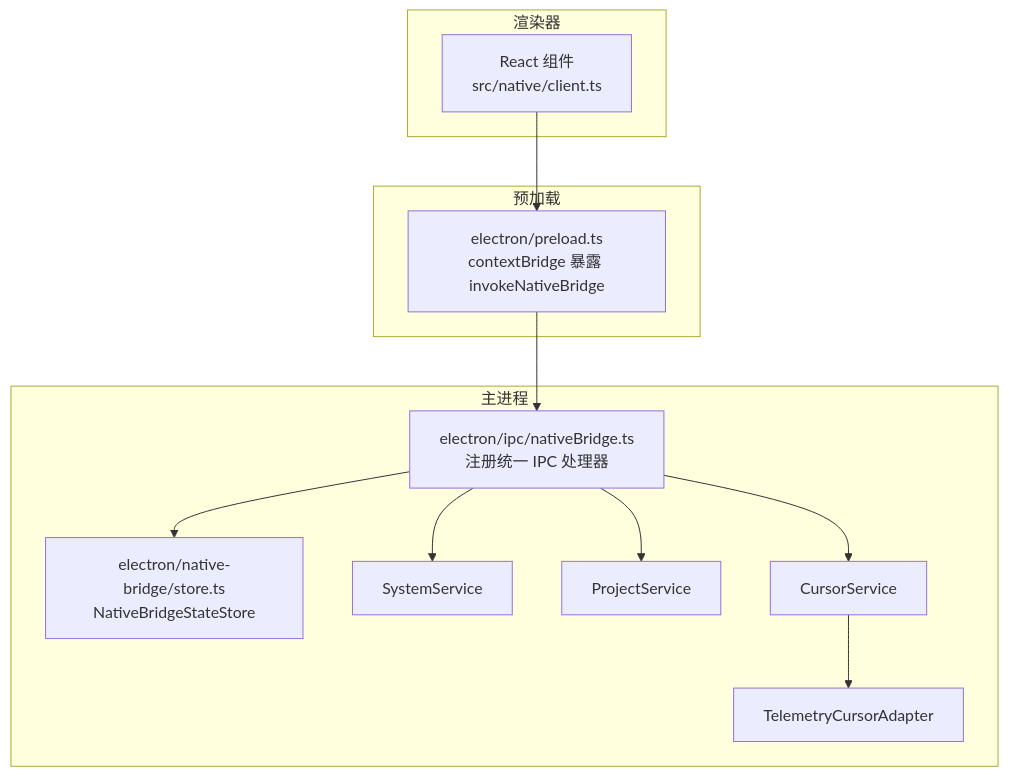
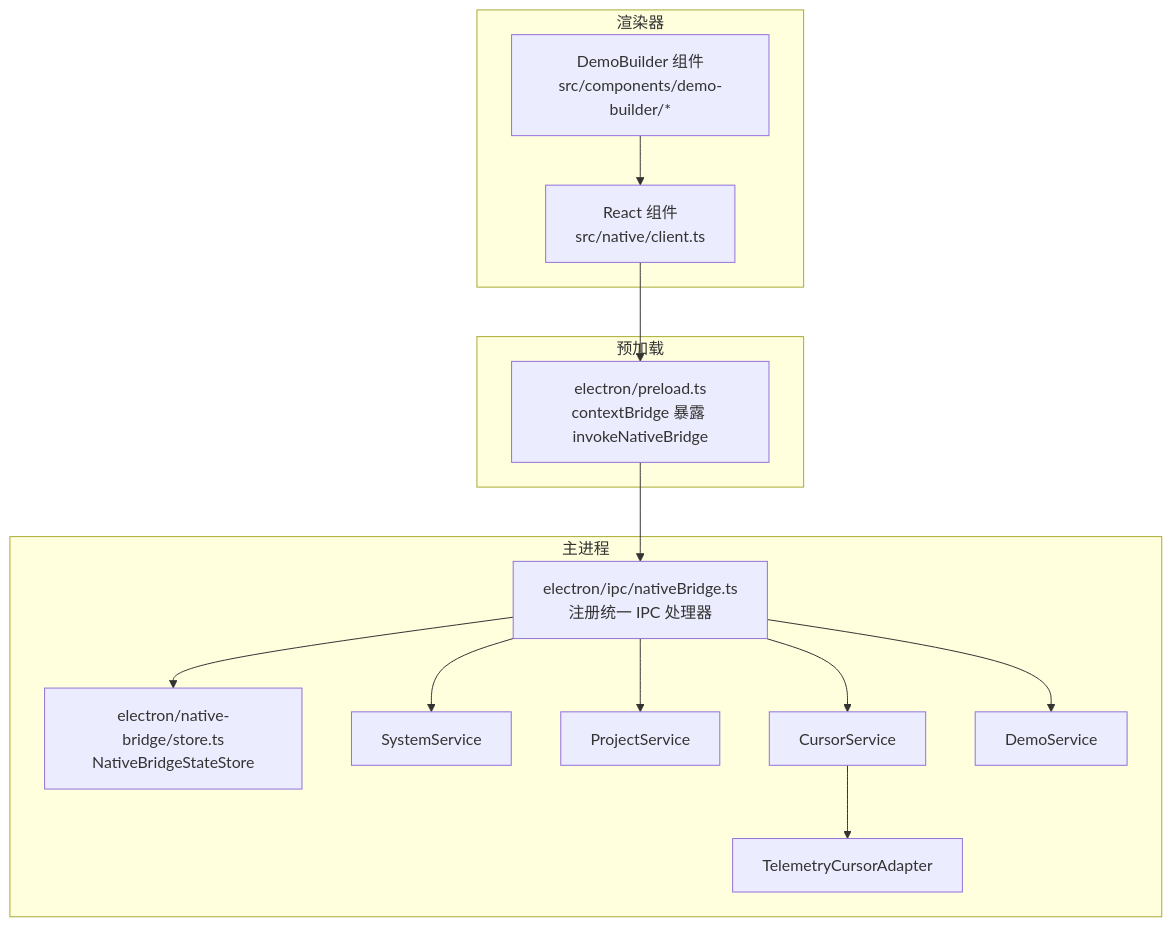
The first of 9 diagrams in .qoder/repowiki/zh/content/原生桥接系统/原生桥接系统.md (zhanggmin/openscreen), drawn with Mermaid before and after one commit. The commit also changed other lines of this file and 87 other files, not shown here.

````diff
--- a/.qoder/repowiki/zh/content/原生桥接系统/原生桥接系统.md
+++ b/.qoder/repowiki/zh/content/原生桥接系统/原生桥接系统.md
@@ -45,24 +58,28 @@
 ```mermaid
 graph TB
 subgraph "渲染器"
 RC["React 组件<br/>src/native/client.ts"]
+DB["DemoBuilder 组件<br/>src/components/demo-builder/*"]
 end
 subgraph "预加载"
 PL["electron/preload.ts<br/>contextBridge 暴露 invokeNativeBridge"]
 end
 subgraph "主进程"
 IPC["electron/ipc/nativeBridge.ts<br/>注册统一 IPC 处理器"]
 STORE["electron/native-bridge/store.ts<br/>NativeBridgeStateStore"]
 SVC_SYS["SystemService"]
 SVC_PROJ["ProjectService"]
 SVC_CUR["CursorService"]
+SVC_DEMO["DemoService"]
 ADAPTER["TelemetryCursorAdapter"]
 end
 RC --> PL
 PL --> IPC
 IPC --> STORE
 IPC --> SVC_SYS
 IPC --> SVC_PROJ
 IPC --> SVC_CUR
+IPC --> SVC_DEMO
 SVC_CUR --> ADAPTER
+DB --> RC
 ```
````
